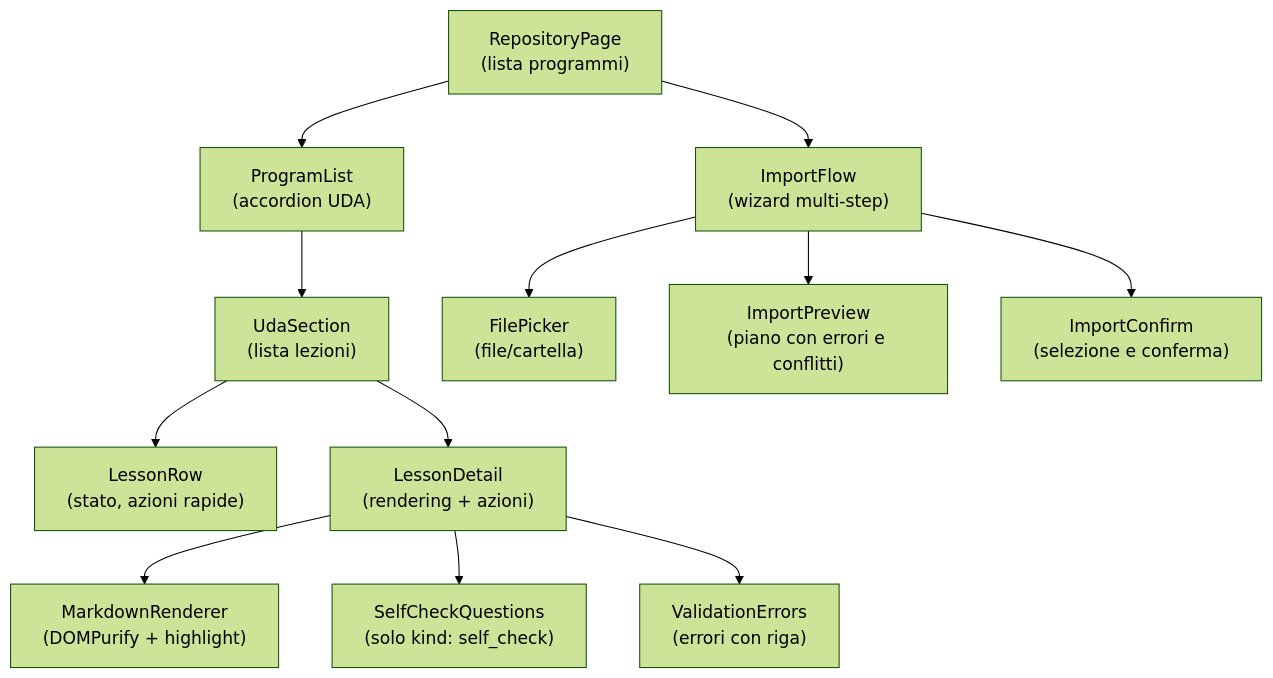
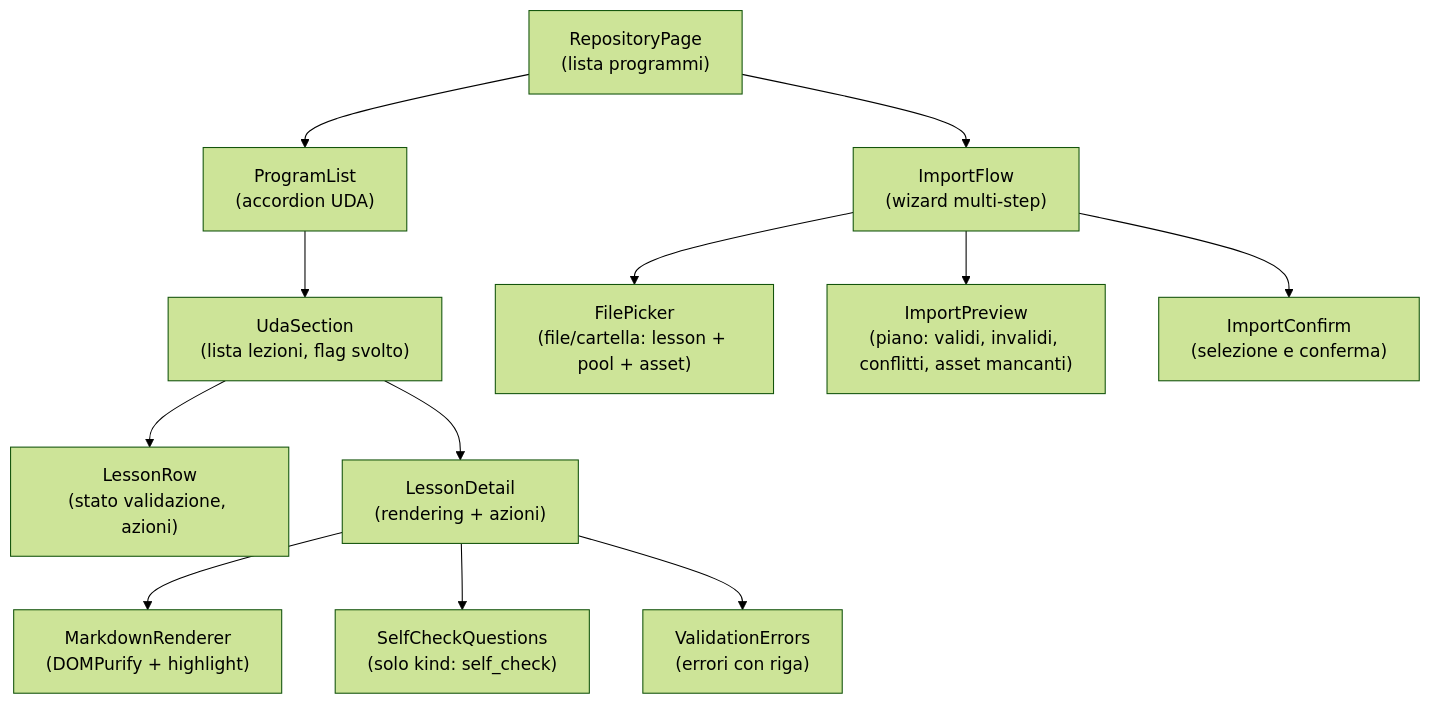
The third of 8 diagrams in documentazione/diagrammi/component-frontend.md (EnricoPaparo/SchoolForge), drawn with Mermaid (forest theme) before and after one commit. The commit also changed other lines of this file and 7 other files, not shown here.

First line of the commit message:
docs: allinea i 5 diagrammi alla v2.0 e completa il README

````diff
--- a/documentazione/diagrammi/component-frontend.md
+++ b/documentazione/diagrammi/component-frontend.md
@@ -47,17 +53,17 @@
 ```mermaid
 flowchart TD
     RepositoryPage["RepositoryPage\n(lista programmi)"]
     RepositoryPage --> ProgramList["ProgramList\n(accordion UDA)"]
-    ProgramList --> UdaSection["UdaSection\n(lista lezioni)"]
-    UdaSection --> LessonRow["LessonRow\n(stato, azioni rapide)"]
+    ProgramList --> UdaSection["UdaSection\n(lista lezioni, flag svolto)"]
+    UdaSection --> LessonRow["LessonRow\n(stato validazione, azioni)"]
 
     RepositoryPage --> ImportFlow["ImportFlow\n(wizard multi-step)"]
-    ImportFlow --> FilePicker["FilePicker\n(file/cartella)"]
-    ImportFlow --> ImportPreview["ImportPreview\n(piano con errori e conflitti)"]
+    ImportFlow --> FilePicker["FilePicker\n(file/cartella: lesson + pool + asset)"]
+    ImportFlow --> ImportPreview["ImportPreview\n(piano: validi, invalidi, conflitti, asset mancanti)"]
     ImportFlow --> ImportConfirm["ImportConfirm\n(selezione e conferma)"]
 
     UdaSection --> LessonDetail["LessonDetail\n(rendering + azioni)"]
     LessonDetail --> MarkdownRenderer["MarkdownRenderer\n(DOMPurify + highlight)"]
     LessonDetail --> SelfCheckQuestions["SelfCheckQuestions\n(solo kind: self_check)"]
     LessonDetail --> ValidationErrors["ValidationErrors\n(errori con riga)"]
 ```
````
